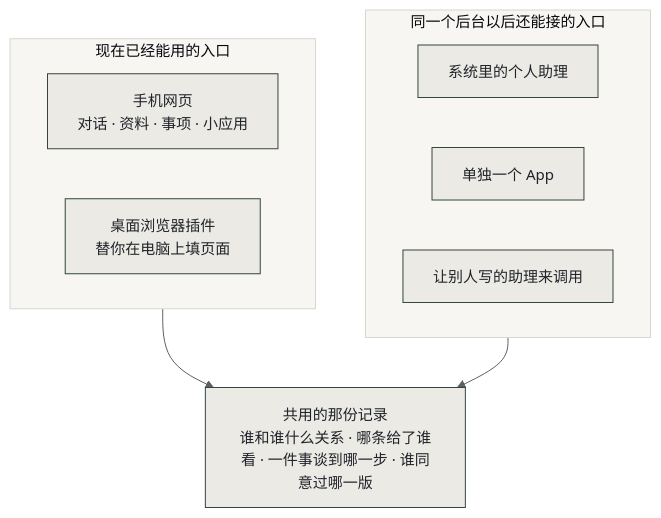
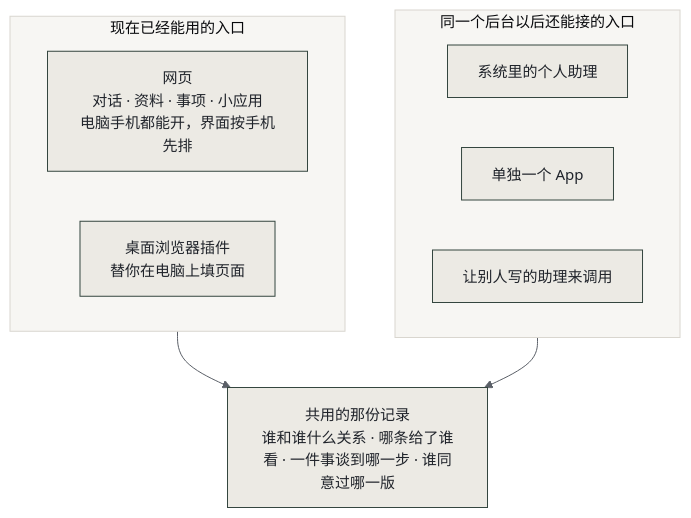
One commit to larisfavour-lang/personal-ai-hackathon changed the first of 4 diagrams in README.md. Above: the diagram before and after it, drawn with Mermaid. The commit also changed other lines of this file, not shown here.

````diff
--- a/README.md
+++ b/README.md
@@ -37,18 +37,18 @@
 ```mermaid
 %%{init: {"theme":"base","themeVariables":{"background":"#f7f6f3","mainBkg":"#eceae4","primaryColor":"#eceae4","primaryTextColor":"#20242b","primaryBorderColor":"#34463f","secondaryColor":"#eef1ee","secondaryBorderColor":"#8a9a92","tertiaryColor":"#f7f6f3","tertiaryBorderColor":"#d9d6cf","lineColor":"#5b6068","textColor":"#20242b","fontFamily":"PingFang SC, Microsoft YaHei, sans-serif","fontSize":"15px","clusterBkg":"#f7f6f3","clusterBorder":"#d9d6cf","edgeLabelBackground":"#f7f6f3","nodeBorder":"#34463f","actorBkg":"#eceae4","actorBorder":"#34463f","actorTextColor":"#20242b","signalColor":"#5b6068","signalTextColor":"#20242b","noteBkgColor":"#eef1ee","noteTextColor":"#20242b","noteBorderColor":"#8a9a92","labelBoxBkgColor":"#eceae4","labelBoxBorderColor":"#34463f","labelTextColor":"#20242b","sequenceNumberColor":"#f7f6f3","activationBkgColor":"#eef1ee","activationBorderColor":"#8a9a92"}}}%%
 flowchart TB
   subgraph NOW["现在已经能用的入口"]
     direction LR
-    W["手机网页<br/>对话 · 资料 · 事项 · 小应用"]
+    W["网页<br/>对话 · 资料 · 事项 · 小应用<br/>电脑手机都能开，界面按手机先排"]
     EXT["桌面浏览器插件<br/>替你在电脑上填页面"]
   end
   subgraph LATER["同一个后台以后还能接的入口"]
     direction LR
     S1["系统里的个人助理"]
     S2["单独一个 App"]
     S3["让别人写的助理来调用"]
   end
   DATA["共用的那份记录<br/>谁和谁什么关系 · 哪条给了谁看 · 一件事谈到哪一步 · 谁同意过哪一版"]
   NOW --> DATA
   LATER --> DATA
 ```
````
